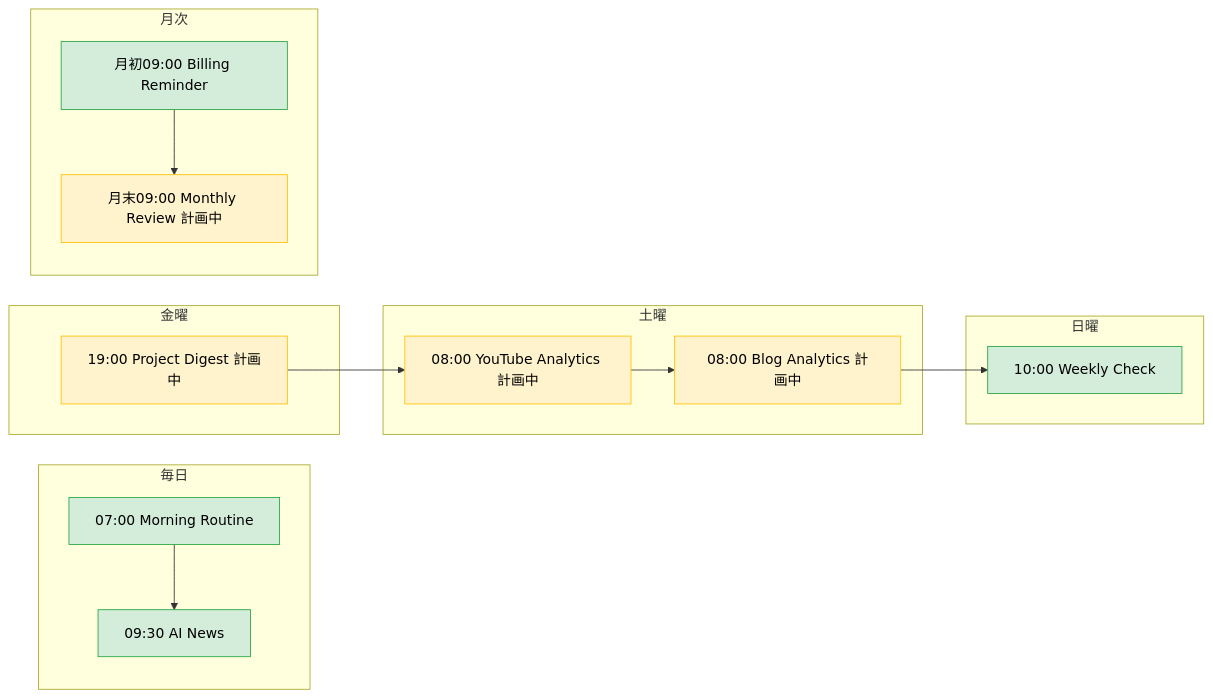
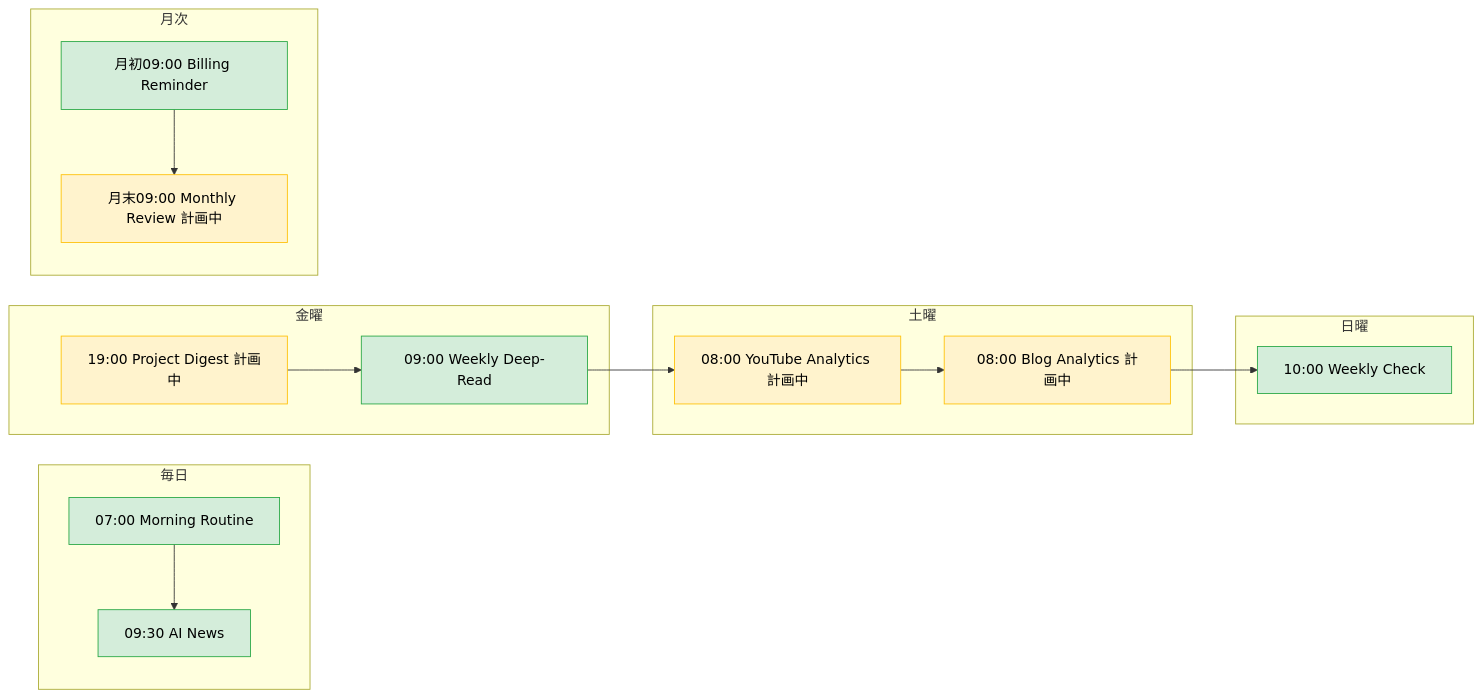
Before and after one commit to masayan1126/masayan1126: the second of 3 diagrams in docs/architecture.md, drawn with Mermaid. The commit also changed other lines of this file and 8 other files, not shown here.

````diff
--- a/docs/architecture.md
+++ b/docs/architecture.md
@@ -103,35 +111,37 @@
 ```mermaid
 graph LR
     subgraph everyday["毎日"]
         d1["07:00 Morning Routine"]
         d2["09:30 AI News"]
     end
 
     subgraph friday["金曜"]
         f1["19:00 Project Digest 計画中"]:::planned
+        f2["09:00 Weekly Deep-Read"]:::running
     end
 
     subgraph saturday["土曜"]
         s1["08:00 YouTube Analytics 計画中"]:::planned
         s2["08:00 Blog Analytics 計画中"]:::planned
     end
 
     subgraph sunday["日曜"]
         su1["10:00 Weekly Check"]
     end
 
     subgraph monthly["月次"]
         m1["月初09:00 Billing Reminder"]
         m2["月末09:00 Monthly Review 計画中"]:::planned
     end
 
     d1 --> d2
-    f1 --> s1
+    f1 --> f2
+    f2 --> s1
     s1 --> s2
     s2 --> su1
     m1 --> m2
 
     classDef planned fill:#fff3cd,stroke:#ffc107,color:#000
     classDef running fill:#d4edda,stroke:#28a745,color:#000
-    class d1,d2,su1,m1 running
+    class d1,d2,su1,m1,f2 running
 ```
````
